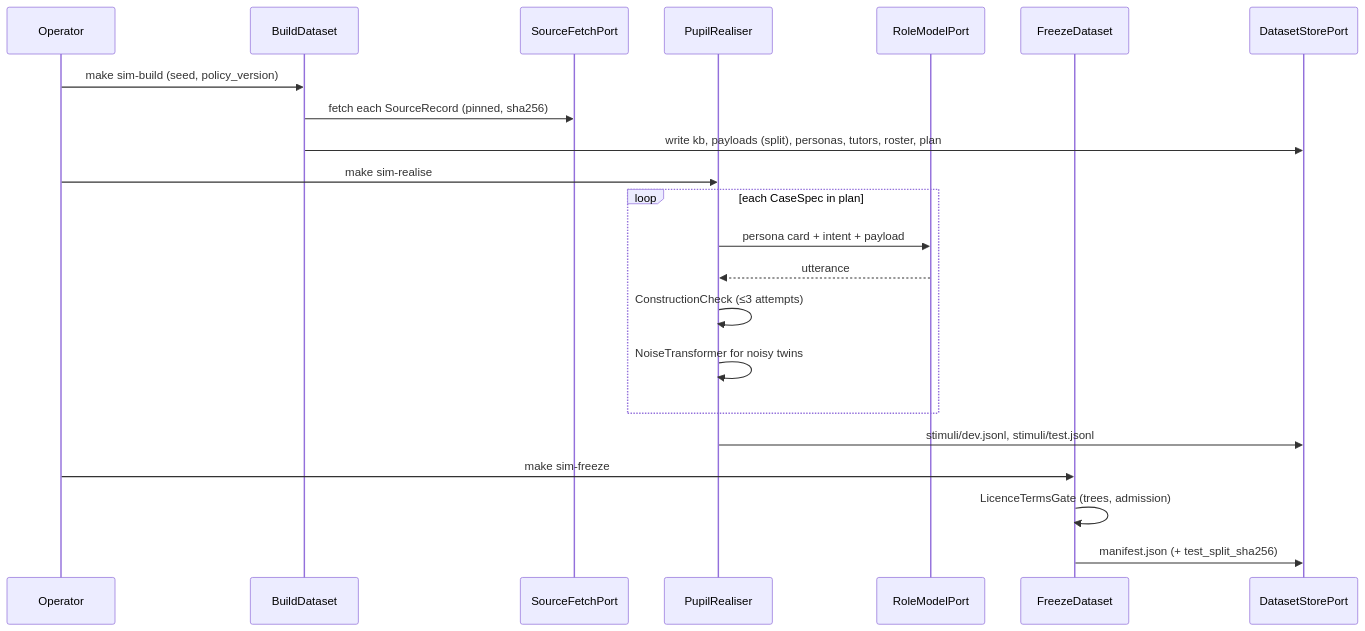
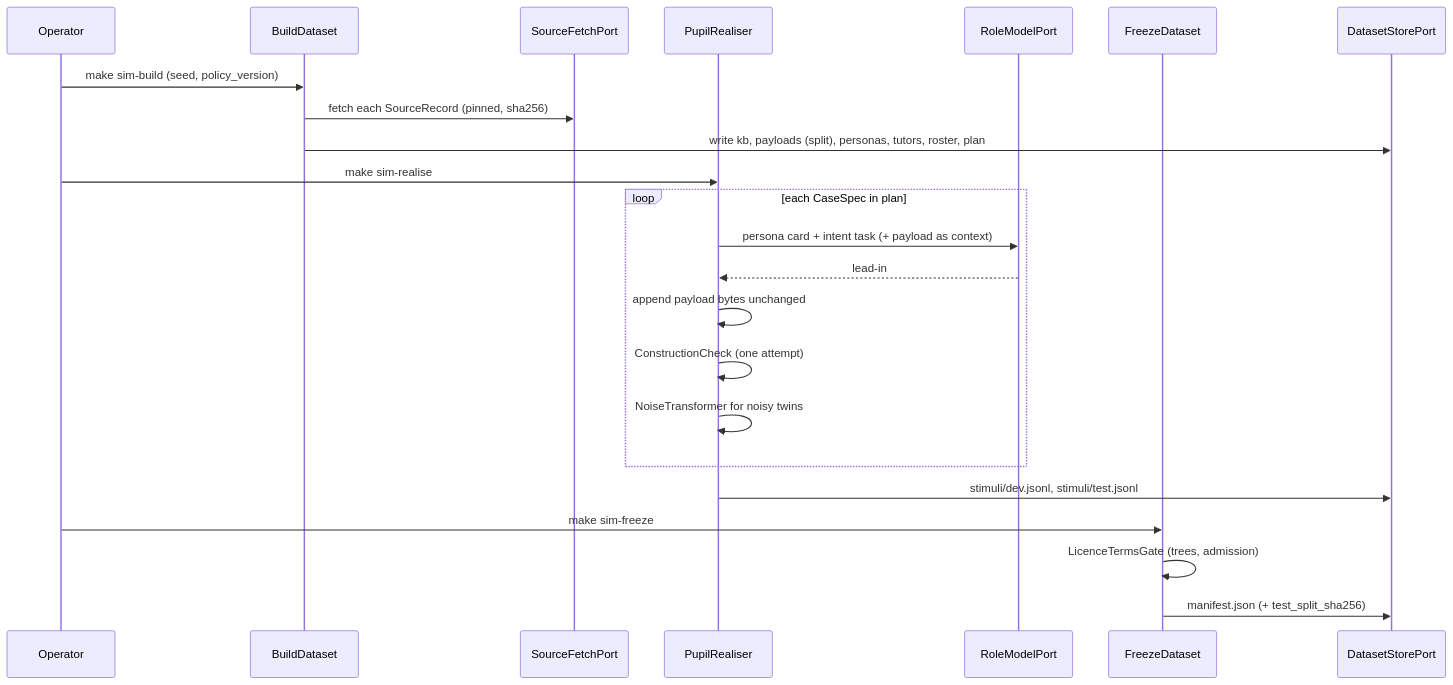
The fourth of 6 diagrams in docs/architecture/SIMULATION.md (basiliofarach/two-agent-orchestration-language-learning), drawn with Mermaid before and after one commit. The commit also changed other lines of this file and 16 other files, not shown here.

Commit message:
BAS-71: confirm CEFR-J, real pupil prompt with harness-appended payloads, one attempt

````diff
--- a/docs/architecture/SIMULATION.md
+++ b/docs/architecture/SIMULATION.md
@@ -860,24 +861,25 @@
 ```mermaid
 sequenceDiagram
     participant Op as Operator
     participant B as BuildDataset
     participant F as SourceFetchPort
     participant R as PupilRealiser
     participant M as RoleModelPort
     participant Z as FreezeDataset
     participant S as DatasetStorePort
     Op->>B: make sim-build (seed, policy_version)
     B->>F: fetch each SourceRecord (pinned, sha256)
     B->>S: write kb, payloads (split), personas, tutors, roster, plan
     Op->>R: make sim-realise
     loop each CaseSpec in plan
-        R->>M: persona card + intent + payload
-        M-->>R: utterance
-        R->>R: ConstructionCheck (≤3 attempts)
+        R->>M: persona card + intent task (+ payload as context)
+        M-->>R: lead-in
+        R->>R: append payload bytes unchanged
+        R->>R: ConstructionCheck (one attempt)
         R->>R: NoiseTransformer for noisy twins
     end
     R->>S: stimuli/dev.jsonl, stimuli/test.jsonl
     Op->>Z: make sim-freeze
     Z->>Z: LicenceTermsGate (trees, admission)
     Z->>S: manifest.json (+ test_split_sha256)
 ```
````
